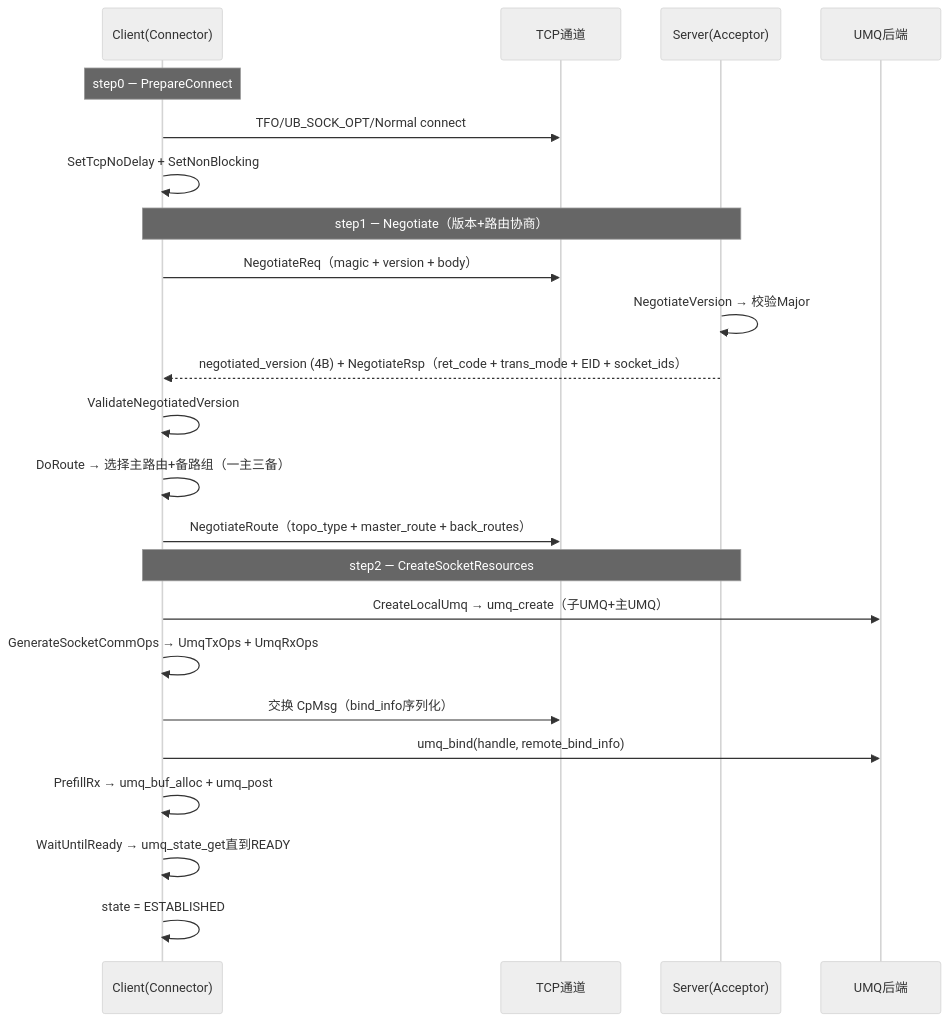
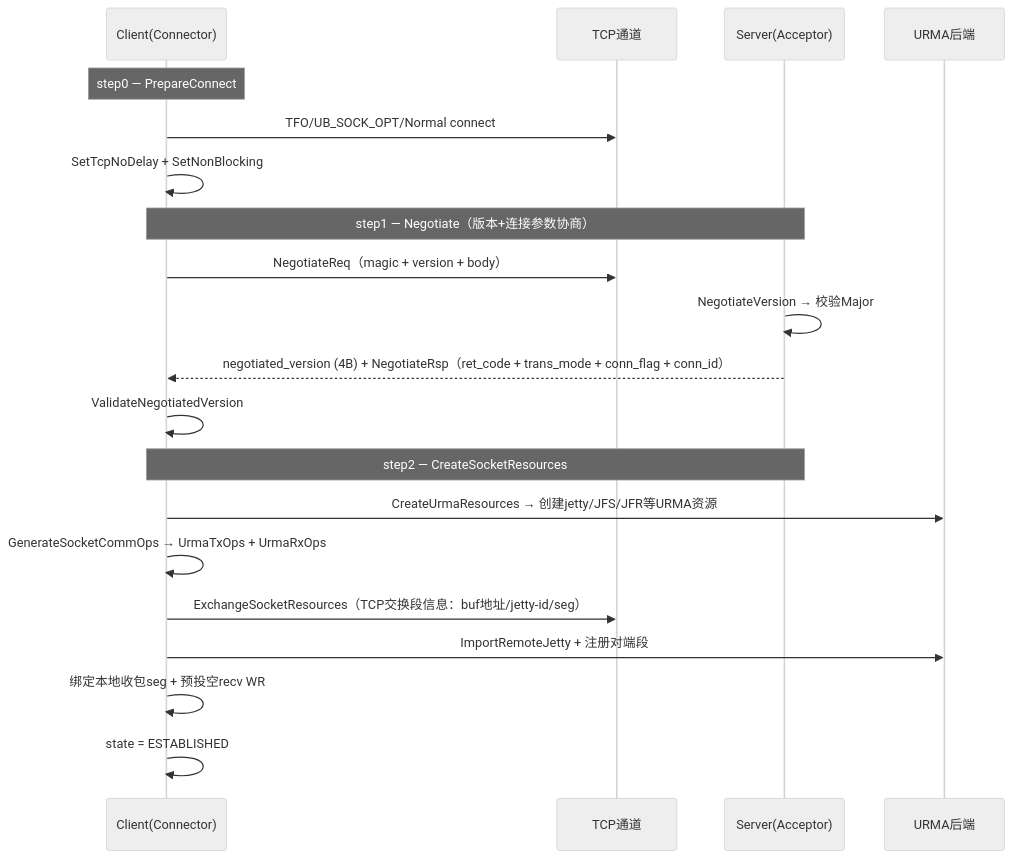
The sixth of 17 diagrams in doc/ubsocket/UBSOCKET-ARCHITECTURE.ch.md (openeuler-mirror/ubs-comm), drawn with Mermaid (neutral theme) before and after one commit. The commit also changed other lines of this file and 13 other files, not shown here.

````diff
--- a/doc/ubsocket/UBSOCKET-ARCHITECTURE.ch.md
+++ b/doc/ubsocket/UBSOCKET-ARCHITECTURE.ch.md
@@ -306,28 +277,25 @@
 ```mermaid
 sequenceDiagram
     participant C as Client(Connector)
     participant TCP as TCP通道
     participant S as Server(Acceptor)
-    participant UMQ as UMQ后端
+    participant UB as URMA后端
 
     Note over C: step0 — PrepareConnect
     C->>TCP: TFO/UB_SOCK_OPT/Normal connect
     C->>C: SetTcpNoDelay + SetNonBlocking
 
-    Note over C,S: step1 — Negotiate（版本+路由协商）
+    Note over C,S: step1 — Negotiate（版本+连接参数协商）
     C->>TCP: NegotiateReq（magic + version + body）
     S->>S: NegotiateVersion → 校验Major
-    S-->>C: negotiated_version (4B) + NegotiateRsp（ret_code + trans_mode + EID + socket_ids）
+    S-->>C: negotiated_version (4B) + NegotiateRsp（ret_code + trans_mode + conn_flag + conn_id）
     C->>C: ValidateNegotiatedVersion
-    C->>C: DoRoute → 选择主路由+备路组（一主三备）
-    C->>TCP: NegotiateRoute（topo_type + master_route + back_routes）
 
     Note over C,S: step2 — CreateSocketResources
-    C->>UMQ: CreateLocalUmq → umq_create（子UMQ+主UMQ）
-    C->>C: GenerateSocketCommOps → UmqTxOps + UmqRxOps
-    C->>TCP: 交换 CpMsg（bind_info序列化）
-    C->>UMQ: umq_bind(handle, remote_bind_info)
-    C->>C: PrefillRx → umq_buf_alloc + umq_post
-    C->>C: WaitUntilReady → umq_state_get直到READY
+    C->>UB: CreateUrmaResources → 创建jetty/JFS/JFR等URMA资源
+    C->>C: GenerateSocketCommOps → UrmaTxOps + UrmaRxOps
+    C->>TCP: ExchangeSocketResources（TCP交换段信息：buf地址/jetty-id/seg）
+    C->>UB: ImportRemoteJetty + 注册对端段
+    C->>C: 绑定本地收包seg + 预投空recv WR
     C->>C: state = ESTABLISHED
 ```
````
